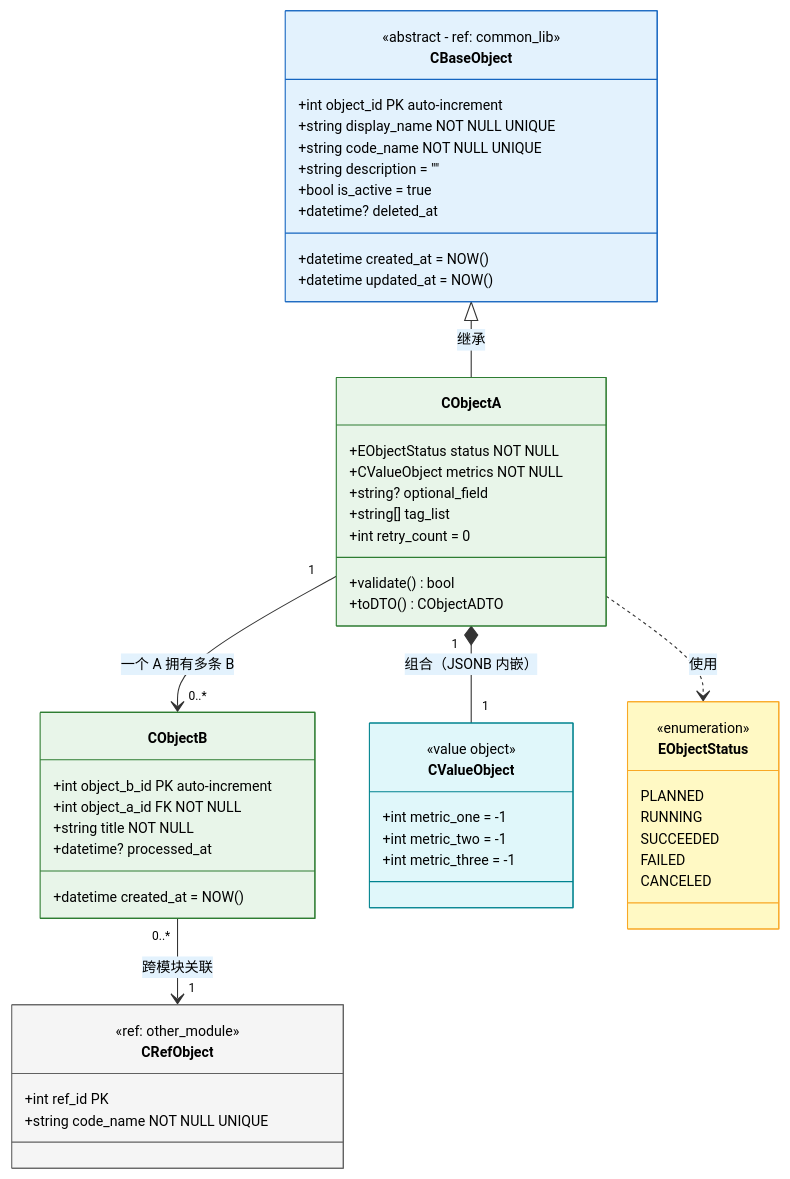
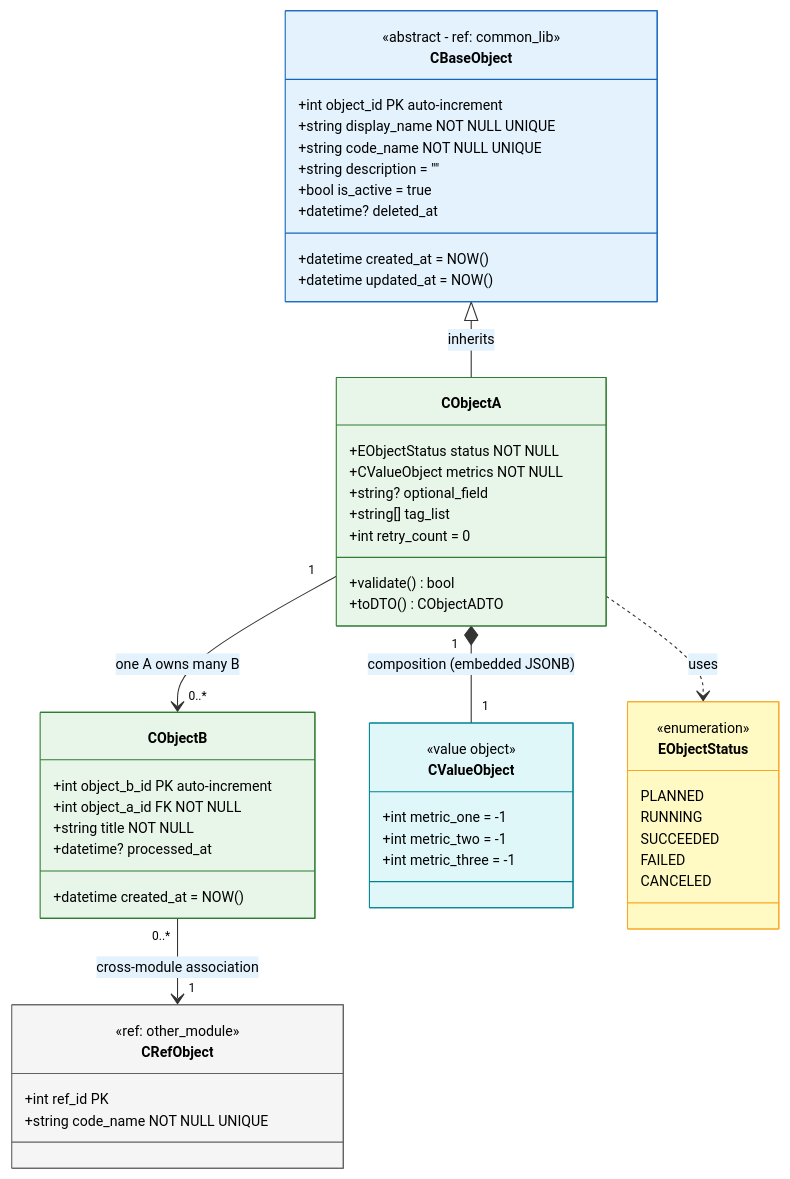
The diagram in mermaid/_class_diagram.mmd (AliveverCom/ProjectTemplate_DesignDriven), drawn with Mermaid before and after one commit. The commit also changed 7 other files, not shown here.

First line of the commit message:
i18n: translate README and the mermaid template set to English

```diff
--- a/mermaid/_class_diagram.mmd
+++ b/mermaid/_class_diagram.mmd
@@ -1,137 +1,143 @@
-%% ===== 模板说明（使用时整块删除）=====
-%% 图表用途：类定义图。展示本模块的业务实体类、值对象、枚举，以及跨模块引用的类。
-%% 存放目录：docs/components/{component_code_name}/
-%% 文件命名：{component_code_name}_class_diagram.mmd；PNG 与 .mmd 同名同目录。
-%% 渲染命令：mmdc -i {component_code_name}_class_diagram.mmd \
-%%                -o {component_code_name}_class_diagram.png -b white -s 3
-%% 引用位置：{component}_tech_design.md §2.1 Class Diagram
-%% 样式规范：见 templates/mermaid/mmd_style_guide.md
-%%           ① 白色画布 ② 类框按类型归类着浅色 ③ 全部文字为黑色
-%% 使用提示：
-%%   - 类名（CBaseObject / CObjectA / EObjectStatus …）请改成真实类名，
-%%     类名中**不要**出现花括号占位符，否则 mermaid 解析失败。
-%%   - 注解 <<...>> 中同样不要使用花括号。
-%%   - 每个类都必须出现在文件末尾的 style 归类语句中。
+%% ===== TEMPLATE NOTES (delete this whole block when using) =====
+%% Purpose:    Class definition diagram. Shows this module's business entity classes, value objects
+%%             and enums, plus the classes it references from other modules.
+%% Location:   docs/components/{component_code_name}/
+%% File name:  {component_code_name}_class_diagram.mmd; the PNG shares its name and directory.
+%% Render:     mmdc -i {component_code_name}_class_diagram.mmd \
+%%                  -o {component_code_name}_class_diagram.png -b white -s 3
+%% Referenced: {component}_tech_design.md §2.1 Class Diagram
+%% Style spec: see templates/mermaid/mmd_style_guide.md
+%%             (1) white canvas  (2) class boxes coloured by type with light fills  (3) all text black
+%% Usage:
+%%   - Rename the classes (CBaseObject / CObjectA / EObjectStatus ...) to your real class names.
+%%     Class names must NOT contain curly-brace placeholders, or mermaid fails to parse.
+%%   - The same applies inside <<...>> annotations: no curly braces there either.
+%%   - Every class must appear in the style statements at the end of the file.
 %% -
-%% ⚠ 重要（已实测，mermaid v11.16）：classDiagram **不支持** classDef / cssClass / :::
-%%   这三种写法不会报错，但会被静默忽略，结果所有类框都是同一个主题色。
-%%   classDiagram 唯一生效的着色方式是每个类一条 `style 类名 fill:...,stroke:...,color:#000000`。
-%%   （flowchart / graph 则相反，用 classDef + ::: 即可。）
-%% ======================================
+%% IMPORTANT (verified against mermaid v11.16): classDiagram does NOT support classDef / cssClass /
+%%   the ::: operator. None of them raise an error, but all three are silently ignored, leaving
+%%   every class box in the same theme colour.
+%%   The only colouring that works in a classDiagram is one statement per class:
+%%   `style ClassName fill:...,stroke:...,color:#000000`.
+%%   (flowchart / graph are the opposite: there, classDef + ::: is the correct approach.)
+%% ===============================================================
 %% -
-%% ===== 归属声明（必写，替换为真实内容后保留）=====
-%% 本模块（{component_code_name}）权威定义的类型：
-%%   - CObjectA、CObjectB、CValueObject、EObjectStatus
-%% 跨模块引用、仅为展示继承/关联关系而画出的类型：
-%%   - CBaseObject  —— 抽象基类，权威定义在 common_lib，见 common_lib_class_diagram.mmd
-%%   - CRefObject   —— 普通实体，权威定义在 other_module，见 other_module_class_diagram.mmd
-%% 引用类不得在本模块修改；若需变更字段，必须先改权威模块并同步所有引用处。
+%% ===== OWNERSHIP DECLARATION (mandatory; keep it after filling in real content) =====
+%% Types authoritatively defined by this module ({component_code_name}):
+%%   - CObjectA, CObjectB, CValueObject, EObjectStatus
+%% Types referenced from other modules, drawn here only to show inheritance / association:
+%%   - CBaseObject  -- abstract base class, authoritative definition in common_lib,
+%%                     see common_lib_class_diagram.mmd
+%%   - CRefObject   -- ordinary entity, authoritative definition in other_module,
+%%                     see other_module_class_diagram.mmd
+%% Referenced classes must never be modified here. To change a field, change the authoritative
+%% module first, then update every place that references it.
 %% -
-%% ===== 配色含义（classDiagram 不支持 subgraph 图例，故以注释说明）=====
-%%   浅蓝 #E3F2FD baseCls   —— 抽象基类
-%%   浅绿 #E8F5E9 entityCls —— 本模块业务实体类
-%%   浅青 #E0F7FA valueCls  —— 值对象 / 嵌套结构（JSONB 等）
-%%   浅黄 #FFF9C4 enumCls   —— 枚举
-%%   浅灰 #F5F5F5 refCls    —— 跨模块引用的普通实体（非本模块权威定义）
-%% 归类优先级：抽象基类即使来自 common_lib 也保持浅蓝 baseCls，
-%%   其"外来"身份由注解 <<abstract - ref: common_lib>> 标明；
-%%   浅灰 refCls 只用于非基类的跨模块引用。
-%% ======================================
+%% ===== COLOUR SEMANTICS (a classDiagram has no subgraph, so the legend lives in comments) =====
+%%   light blue   #E3F2FD baseCls   -- abstract base class
+%%   light green  #E8F5E9 entityCls -- this module's business entity classes
+%%   light cyan   #E0F7FA valueCls  -- value objects / nested structures (JSONB and similar)
+%%   light yellow #FFF9C4 enumCls   -- enums
+%%   light grey   #F5F5F5 refCls    -- ordinary entities referenced from another module
+%% Classification precedence: an abstract base class stays light-blue baseCls even when it comes
+%%   from common_lib; its "foreign" origin is conveyed by the <<abstract - ref: common_lib>>
+%%   annotation. Light-grey refCls is reserved for non-base cross-module references.
+%% ===============================================================
 %%{init: {
   "theme": "base",
   "themeVariables": {
     "background": "#FFFFFF",
     "primaryColor": "#E3F2FD",
     "primaryTextColor": "#000000",
     "primaryBorderColor": "#1565C0",
     "lineColor": "#333333",
     "textColor": "#000000",
     "titleColor": "#000000",
     "classText": "#000000",
     "clusterBkg": "#FAFAFA",
     "clusterBorder": "#CCCCCC",
     "edgeLabelBackground": "#FFFFFF",
     "fontFamily": "Arial, sans-serif",
     "fontSize": "13px"
   }
 }}%%
 
 classDiagram
     direction TB
 
-    %% ========== 抽象基类（跨模块引用，权威定义在 common_lib）==========
+    %% ========== Abstract base class (cross-module reference; authoritative in common_lib) ==========
     class CBaseObject {
         <<abstract - ref: common_lib>>
         +int object_id  PK auto-increment
         +string display_name  NOT NULL UNIQUE
         +string code_name  NOT NULL UNIQUE
         +string description = ""
         +bool is_active = true
         +datetime? deleted_at
         +datetime created_at = NOW()
         +datetime updated_at = NOW()
     }
 
-    %% ========== 本模块业务实体类 ==========
+    %% ========== This module's business entity classes ==========
     class CObjectA {
         +EObjectStatus status  NOT NULL
         +CValueObject metrics  NOT NULL
         +string? optional_field
         +string[] tag_list
         +int retry_count = 0
         +validate() bool
         +toDTO() CObjectADTO
     }
 
     class CObjectB {
         +int object_b_id  PK auto-increment
         +int object_a_id  FK NOT NULL
         +string title  NOT NULL
         +datetime? processed_at
         +datetime created_at = NOW()
     }
 
-    %% ========== 值对象 / 嵌套结构（以 JSONB 落库）==========
+    %% ========== Value object / nested structure (stored as JSONB) ==========
     class CValueObject {
         <<value object>>
         +int metric_one = -1
         +int metric_two = -1
         +int metric_three = -1
     }
 
-    %% ========== 枚举（本模块权威定义）==========
+    %% ========== Enum (authoritatively defined by this module) ==========
     class EObjectStatus {
         <<enumeration>>
         PLANNED
         RUNNING
         SUCCEEDED
         FAILED
         CANCELED
     }
 
-    %% ========== 跨模块引用类（仅为补全关系而展示）==========
+    %% ========== Cross-module reference class (drawn only to complete the picture) ==========
     class CRefObject {
         <<ref: other_module>>
         +int ref_id  PK
         +string code_name  NOT NULL UNIQUE
     }
 
-    %% ========== 关系 ==========
-    CBaseObject <|-- CObjectA : 继承
-    CObjectA "1" --> "0..*" CObjectB : 一个 A 拥有多条 B
-    CObjectA "1" *-- "1" CValueObject : 组合（JSONB 内嵌）
-    CObjectA ..> EObjectStatus : 使用
-    CObjectB "0..*" --> "1" CRefObject : 跨模块关联
+    %% ========== Relationships ==========
+    CBaseObject <|-- CObjectA : inherits
+    CObjectA "1" --> "0..*" CObjectB : one A owns many B
+    CObjectA "1" *-- "1" CValueObject : composition (embedded JSONB)
+    CObjectA ..> EObjectStatus : uses
+    CObjectB "0..*" --> "1" CRefObject : cross-module association
 
-    %% ========== 分类着色（每个类一条 style，按分类分组，不得遗漏任何类）==========
-    %% ----- baseCls 抽象基类：浅蓝 -----
+    %% ========== Category colouring (one style per class, grouped; no class may be missed) ==========
+    %% ----- baseCls abstract base class: light blue -----
     style CBaseObject   fill:#E3F2FD,stroke:#1565C0,color:#000000
-    %% ----- entityCls 本模块业务实体类：浅绿 -----
+    %% ----- entityCls this module's business entities: light green -----
     style CObjectA      fill:#E8F5E9,stroke:#2E7D32,color:#000000
     style CObjectB      fill:#E8F5E9,stroke:#2E7D32,color:#000000
-    %% ----- valueCls 值对象 / 嵌套结构：浅青 -----
+    %% ----- valueCls value object / nested structure: light cyan -----
     style CValueObject  fill:#E0F7FA,stroke:#00838F,color:#000000
-    %% ----- enumCls 枚举：浅黄 -----
+    %% ----- enumCls enum: light yellow -----
     style EObjectStatus fill:#FFF9C4,stroke:#F9A825,color:#000000
-    %% ----- refCls 跨模块引用的普通实体：浅灰 -----
+    %% ----- refCls cross-module ordinary entity: light grey -----
     style CRefObject    fill:#F5F5F5,stroke:#616161,color:#000000
```
